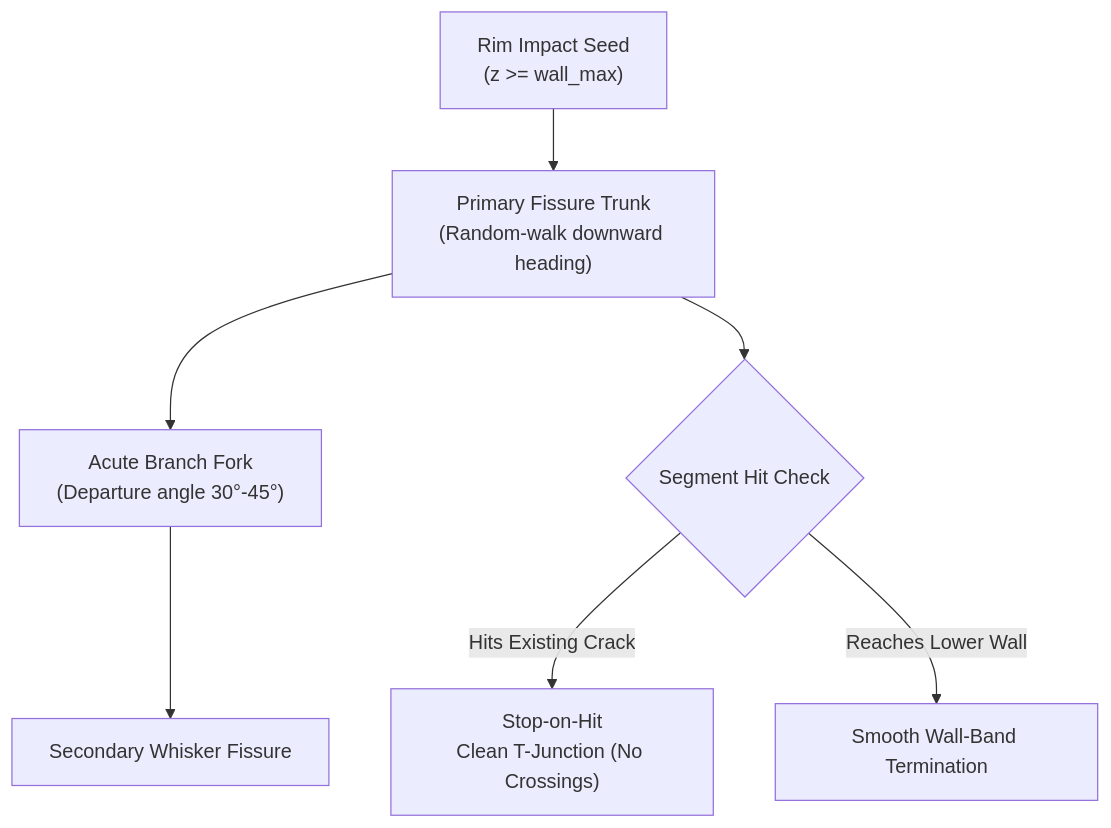
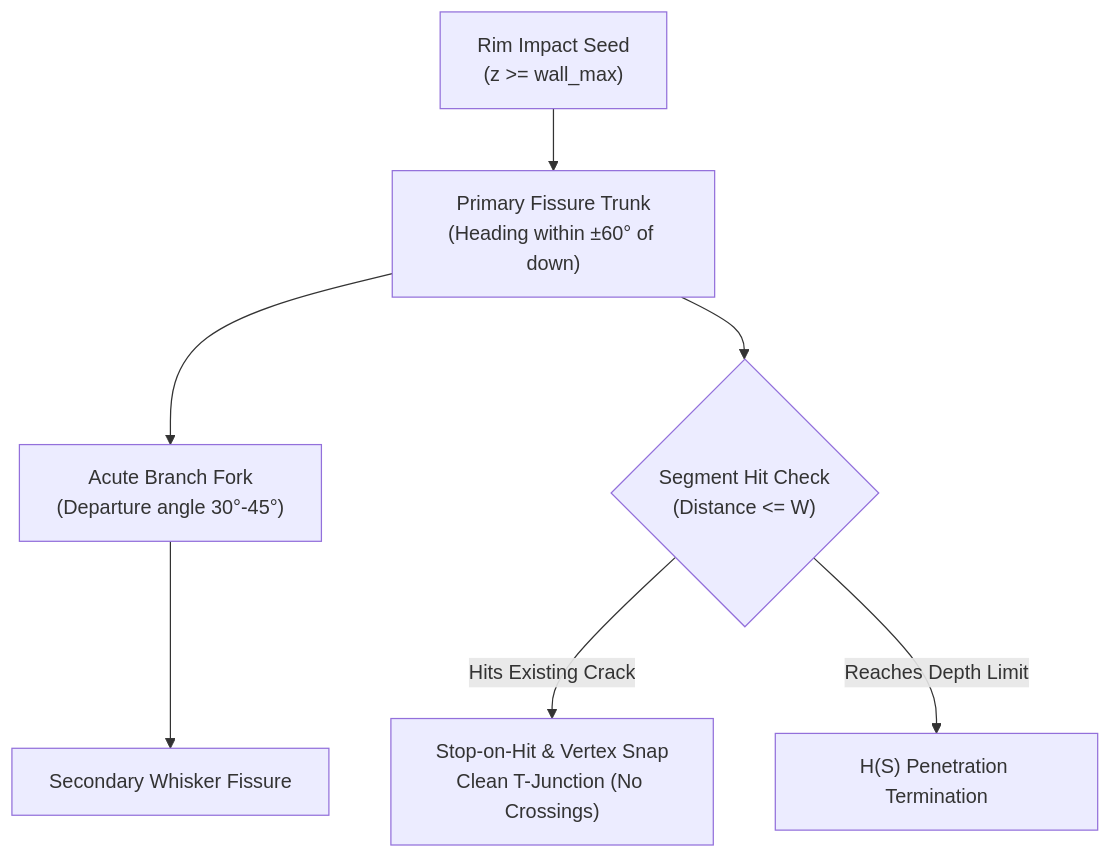
Before and after one commit to slowbutfast/kintsugi-fracture: the diagram in openspec/changes/kintsugi-crack-growth/design.md, drawn with Mermaid. The commit also changed other lines of this file and 7 other files, not shown here.

````diff
--- a/openspec/changes/kintsugi-crack-growth/design.md
+++ b/openspec/changes/kintsugi-crack-growth/design.md
@@ -102,9 +91,9 @@
 ```mermaid
 flowchart TD
-    Lip["Rim Impact Seed<br/>(z >= wall_max)"] --> Trunk["Primary Fissure Trunk<br/>(Random-walk downward heading)"]
+    Lip["Rim Impact Seed<br/>(z >= wall_max)"] --> Trunk["Primary Fissure Trunk<br/>(Heading within ±60° of down)"]
     Trunk --> Fork["Acute Branch Fork<br/>(Departure angle 30°-45°)"]
     Fork --> SubBranch["Secondary Whisker Fissure"]
-    Trunk --> Collision{"Segment Hit Check"}
-    Collision -->|"Hits Existing Crack"| TJunction["Stop-on-Hit<br/>Clean T-Junction (No Crossings)"]
-    Collision -->|"Reaches Lower Wall"| WallTrunc["Smooth Wall-Band Termination"]
+    Trunk --> Collision{"Segment Hit Check<br/>(Distance <= W)"}
+    Collision -->|"Hits Existing Crack"| TJunction["Stop-on-Hit & Vertex Snap<br/>Clean T-Junction (No Crossings)"]
+    Collision -->|"Reaches Depth Limit"| DepthTrunc["H(S) Penetration Termination"]
 ```
````
